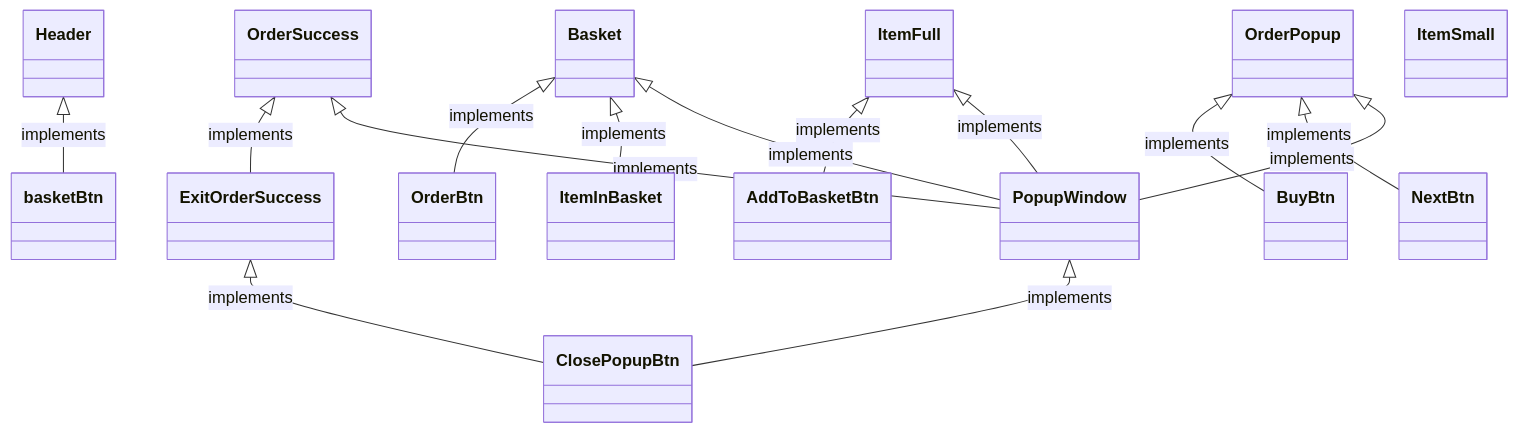
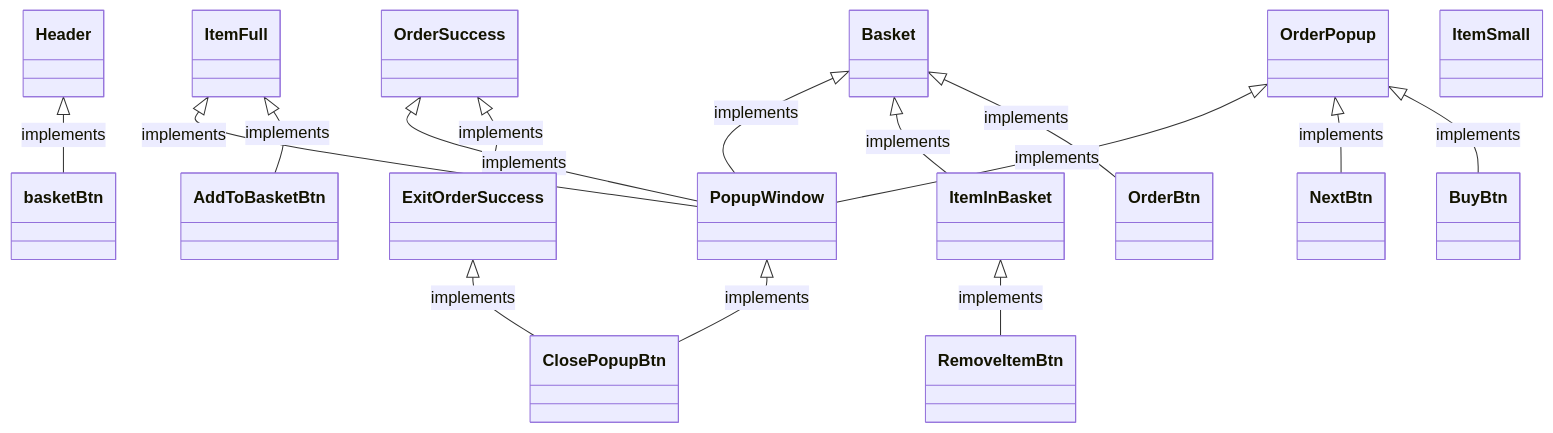
The third of 3 diagrams in README.md (Kroti7/web-larek-frontend), drawn with Mermaid before and after one commit. The commit also changed other lines of this file and 4 other files, not shown here.

````diff
--- a/README.md
+++ b/README.md
@@ -155,62 +221,66 @@
 ```mermaid
 classDiagram
   Header <|-- basketBtn : implements
   PopupWindow <|-- ClosePopupBtn : implements
+  ItemInBasket <|-- RemoveItemBtn : implements
   ItemFull <|-- PopupWindow : implements
   ItemFull <|-- AddToBasketBtn : implements
   Basket <|-- PopupWindow : implements
   Basket <|-- ItemInBasket : implements
   Basket <|-- OrderBtn : implements
   OrderPopup <|-- PopupWindow : implements
   OrderPopup <|-- NextBtn : implements
   OrderPopup <|-- BuyBtn : implements
   ExitOrderSuccess <|-- ClosePopupBtn : implements
   OrderSuccess <|-- PopupWindow : implements
   OrderSuccess <|-- ExitOrderSuccess : implements
 
   class basketBtn {
   }
 
   class Header {
   }
 
   class ItemSmall {    
   }
 
   class ClosePopupBtn {
   }
 
   class PopupWindow {
   }
 
   class AddToBasketBtn {
   }
 
   class ItemFull {
   }
 
+  class RemoveItemBtn {
+  }
+
   class ItemInBasket {
   }
 
   class OrderBtn {
   }
 
   class Basket {
   }
 
   class NextBtn {
   }
 
   class BuyBtn {
   }
 
   class OrderPopup {
   }
 
   class ExitOrderSuccess {
   }
 
   class OrderSuccess {
   }
 
 ```
````
